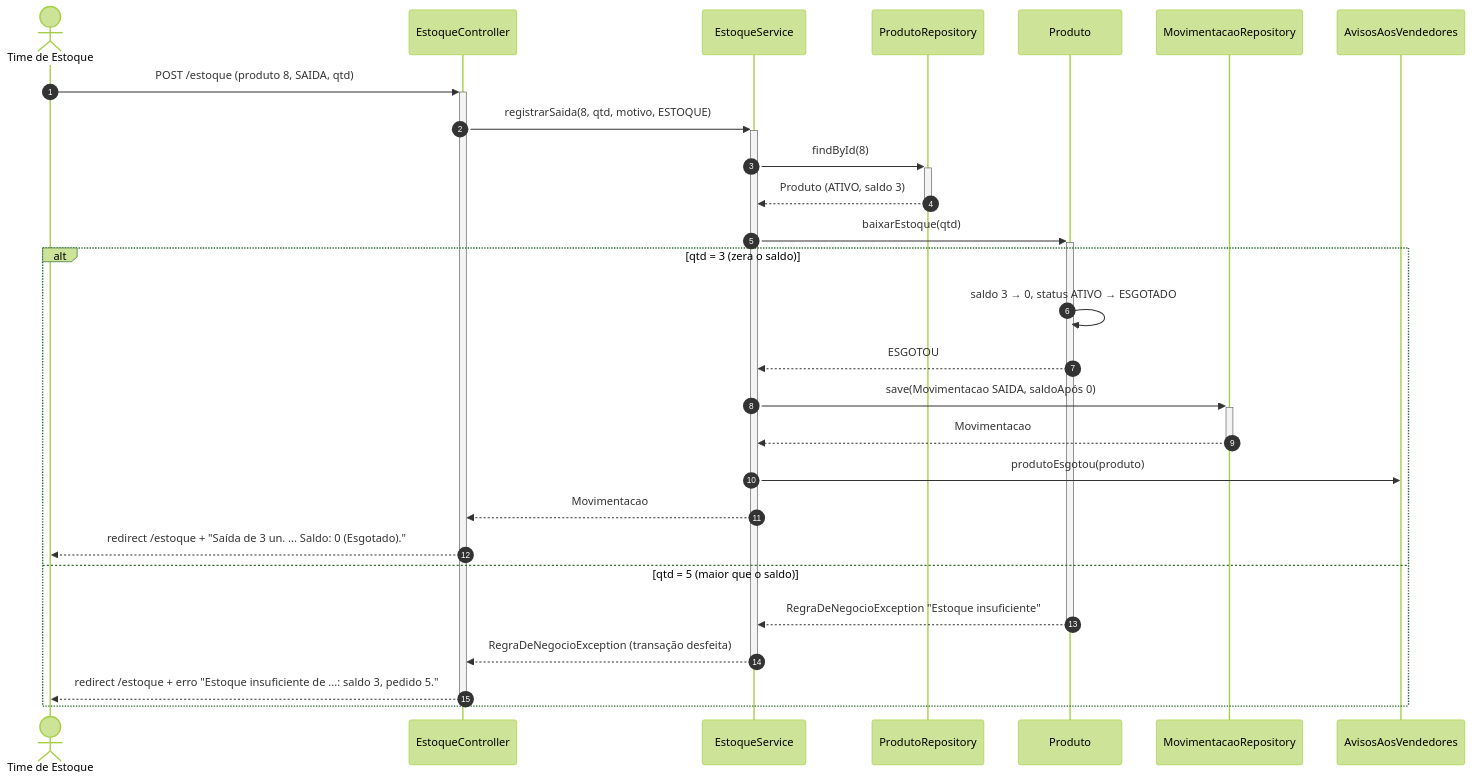
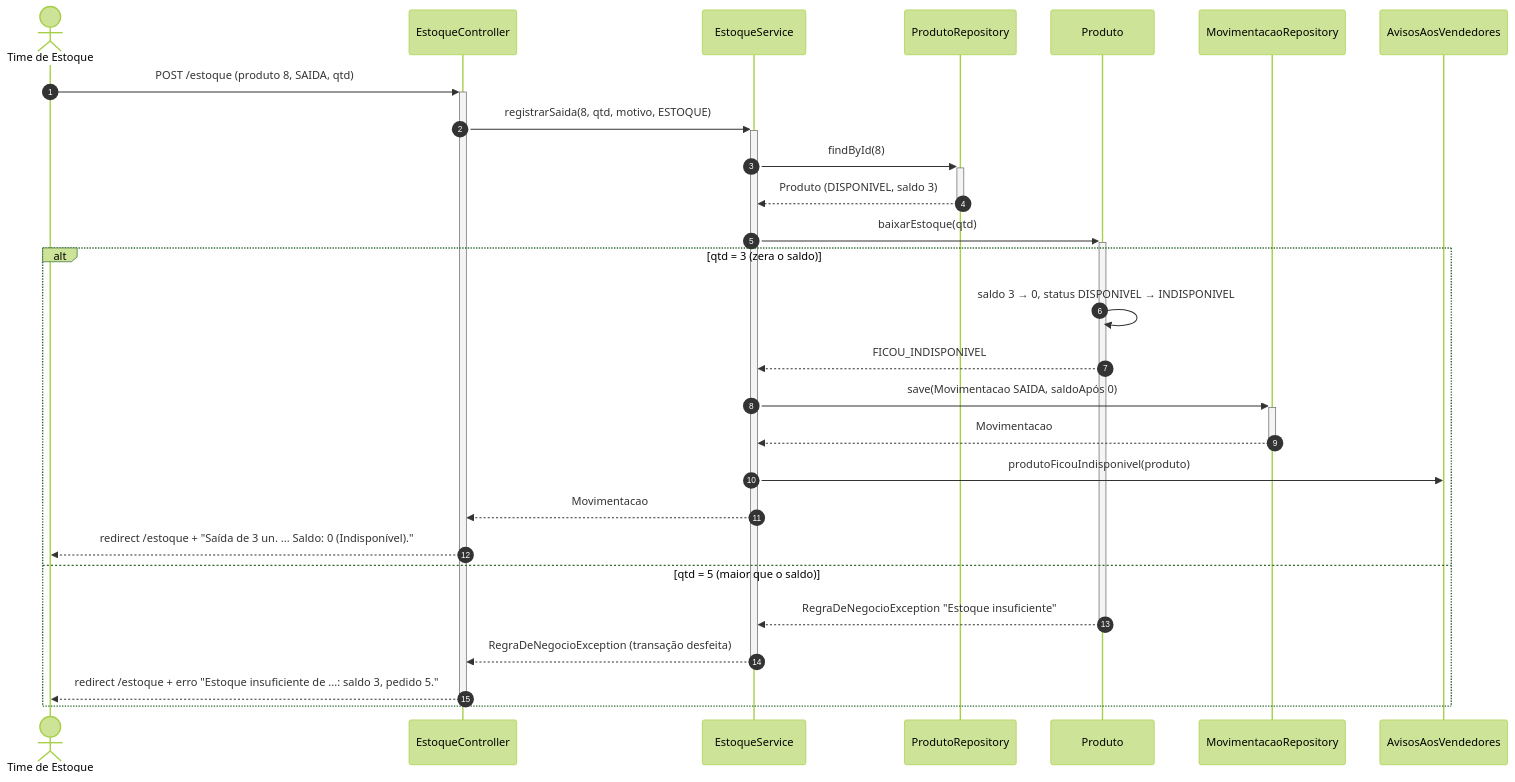
Before and after one commit to Alishowsa/Arquitetura-eng-soft: the diagram in aula-6/diagramas/sequencia-saida-estoque.md, drawn with Mermaid (forest theme). The commit also changed other lines of this file and 30 other files, not shown here.

First line of the commit message:
Ajusta status do produto ao enunciado da aula 6

````diff
--- a/aula-6/diagramas/sequencia-saida-estoque.md
+++ b/aula-6/diagramas/sequencia-saida-estoque.md
@@ -7,31 +7,31 @@
 ```mermaid
 sequenceDiagram
     autonumber
     actor TE as Time de Estoque
     participant EC as EstoqueController
     participant ES as EstoqueService
     participant PR as ProdutoRepository
     participant P as Produto
     participant MR as MovimentacaoRepository
     participant AV as AvisosAosVendedores
 
     TE->>+EC: POST /estoque (produto 8, SAIDA, qtd)
     EC->>+ES: registrarSaida(8, qtd, motivo, ESTOQUE)
     ES->>+PR: findById(8)
-    PR-->>-ES: Produto (ATIVO, saldo 3)
+    PR-->>-ES: Produto (DISPONIVEL, saldo 3)
     ES->>+P: baixarEstoque(qtd)
 
     alt qtd = 3 (zera o saldo)
-        P->>P: saldo 3 → 0, status ATIVO → ESGOTADO
-        P-->>ES: ESGOTOU
+        P->>P: saldo 3 → 0, status DISPONIVEL → INDISPONIVEL
+        P-->>ES: FICOU_INDISPONIVEL
         ES->>+MR: save(Movimentacao SAIDA, saldoApós 0)
         MR-->>-ES: Movimentacao
-        ES->>AV: produtoEsgotou(produto)
+        ES->>AV: produtoFicouIndisponivel(produto)
         ES-->>EC: Movimentacao
-        EC-->>TE: redirect /estoque + "Saída de 3 un. ... Saldo: 0 (Esgotado)."
+        EC-->>TE: redirect /estoque + "Saída de 3 un. ... Saldo: 0 (Indisponível)."
     else qtd = 5 (maior que o saldo)
         P-->>-ES: RegraDeNegocioException "Estoque insuficiente"
         ES-->>-EC: RegraDeNegocioException (transação desfeita)
         EC-->>-TE: redirect /estoque + erro "Estoque insuficiente de ...: saldo 3, pedido 5."
     end
 ```
````
